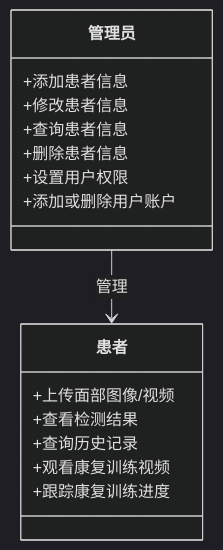
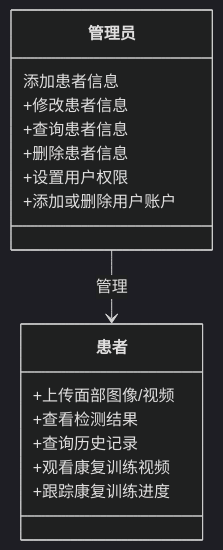
The diagram in all/未命名.md (Villode/iodraw-files), drawn with Mermaid (dark theme) before and after one commit.

Commit message:
2024-10-29 23:11:15 update

````diff
--- a/all/未命名.md
+++ b/all/未命名.md
@@ -1,21 +1,21 @@
 ```mermaid
 classDiagram  
     class 管理员 {  
-        +添加患者信息  
+        添加患者信息  
         +修改患者信息  
         +查询患者信息  
         +删除患者信息  
         +设置用户权限  
         +添加或删除用户账户  
     }  
   
     class 患者 {  
         +上传面部图像/视频  
         +查看检测结果  
         +查询历史记录  
         +观看康复训练视频  
         +跟踪康复训练进度  
     }  
   
     管理员 --> 患者 : 管理
 ```
````
